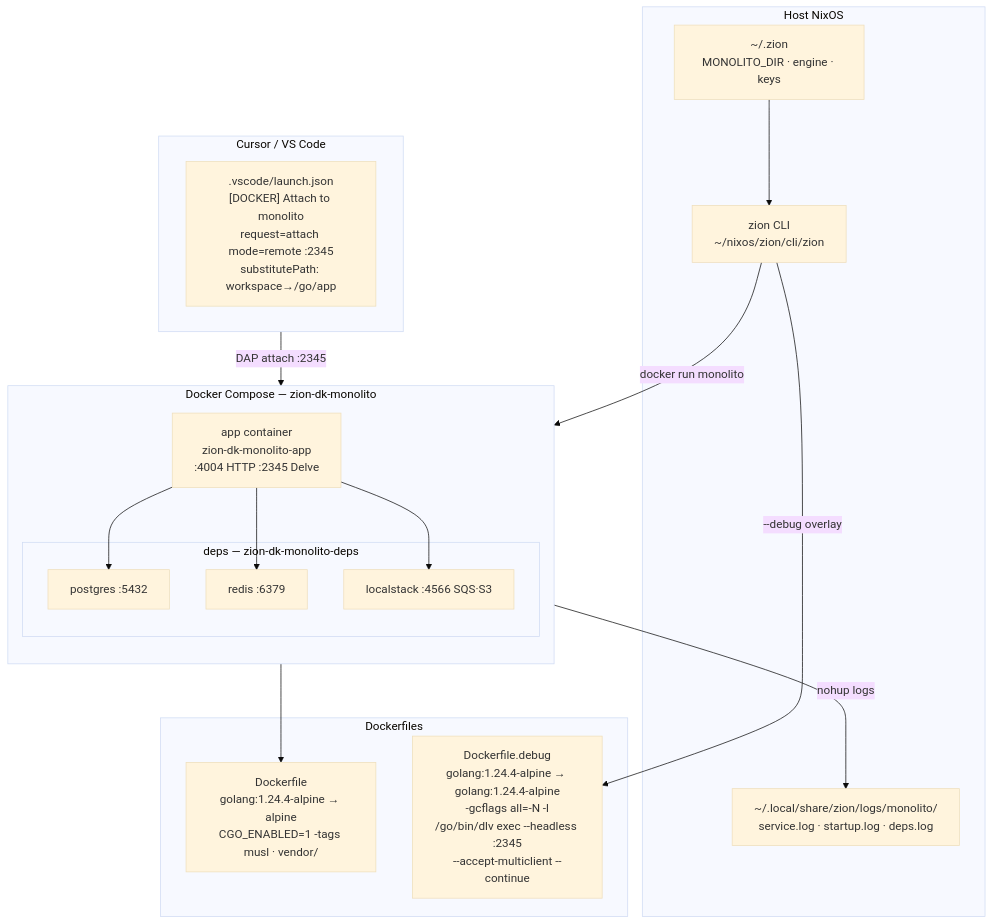
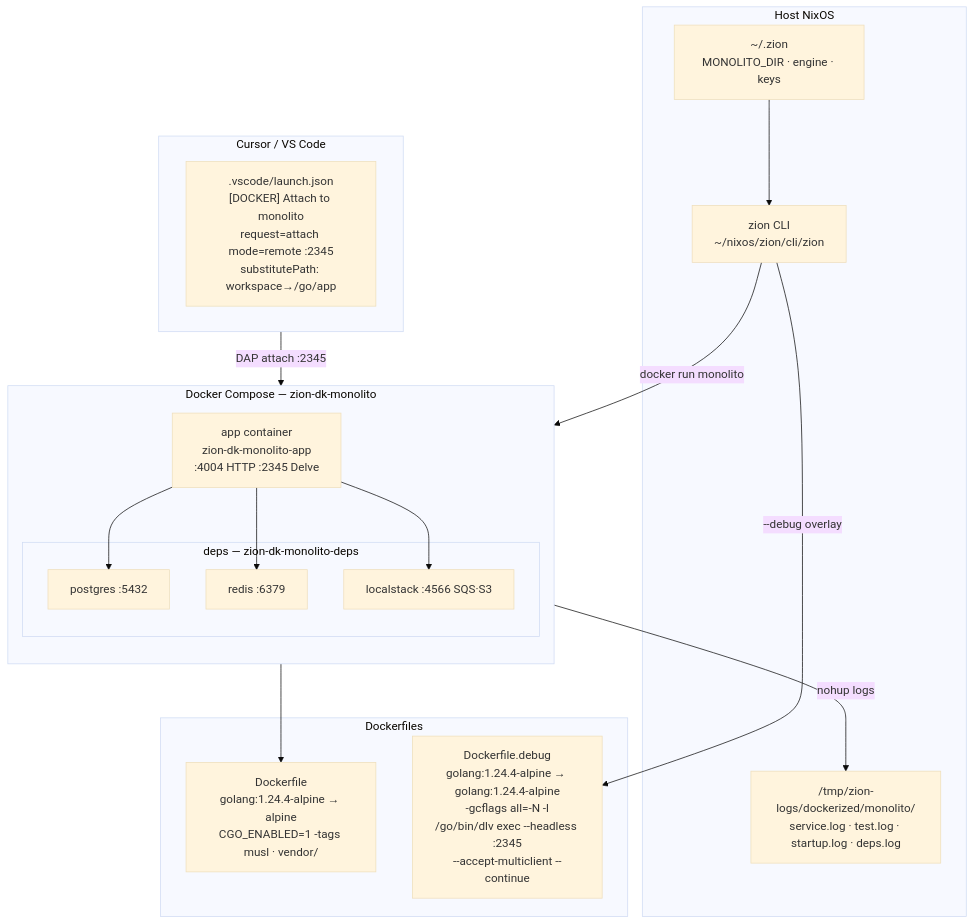
Before and after one commit to autibequi/nixos: the first of 2 diagrams in zion/dockerized/monolito/README.md, drawn with Mermaid (base theme). The commit also changed other lines of this file and 4 other files, not shown here.

First line of the commit message:
fix(docker): corrige paths de logs para /tmp/zion-logs/dockerized/ em todos os docs e compose

````diff
--- a/zion/dockerized/monolito/README.md
+++ b/zion/dockerized/monolito/README.md
@@ -27,35 +27,35 @@
 ```mermaid
 graph TD
     subgraph HOST["Host NixOS"]
         ZionCLI["zion CLI\n~/nixos/zion/cli/zion"]
         ZionCFG["~/.zion\nMONOLITO_DIR · engine · keys"]
-        LOGS["~/.local/share/zion/logs/monolito/\nservice.log · startup.log · deps.log"]
+        LOGS["/tmp/zion-logs/dockerized/monolito/\nservice.log · test.log · startup.log · deps.log"]
     end
 
     subgraph COMPOSE["Docker Compose — zion-dk-monolito"]
         direction TB
         APP["app container\nzion-dk-monolito-app\n:4004 HTTP  :2345 Delve"]
         subgraph DEPS["deps — zion-dk-monolito-deps"]
             PG["postgres :5432"]
             RD["redis :6379"]
             LS["localstack :4566 SQS·S3"]
         end
     end
 
     subgraph IMGS["Dockerfiles"]
         DF["Dockerfile\ngolang:1.24.4-alpine → alpine\nCGO_ENABLED=1 -tags musl · vendor/"]
         DFD["Dockerfile.debug\ngolang:1.24.4-alpine → golang:1.24.4-alpine\n-gcflags all=-N -l\n/go/bin/dlv exec --headless :2345\n--accept-multiclient --continue"]
     end
 
     subgraph CURSOR["Cursor / VS Code"]
         LC[".vscode/launch.json\n[DOCKER] Attach to monolito\nrequest=attach mode=remote :2345\nsubstitutePath: workspace→/go/app"]
     end
 
     ZionCFG --> ZionCLI
     ZionCLI -->|"docker run monolito"| APP
     ZionCLI -->|"--debug overlay"| DFD
     APP --> DF
     APP --> PG & RD & LS
     APP -->|"nohup logs"| LOGS
     CURSOR -->|"DAP attach :2345"| APP
 ```
````
